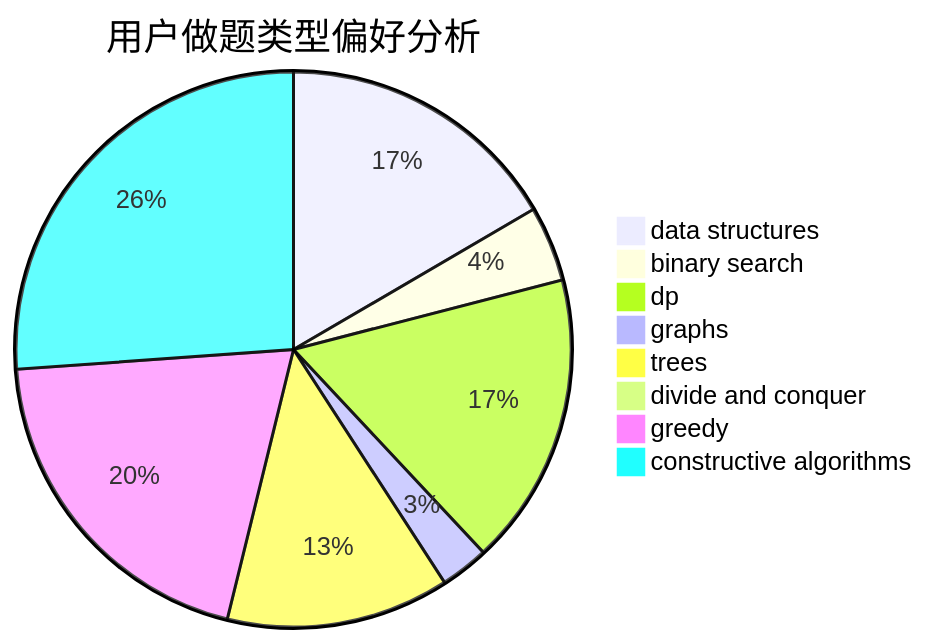
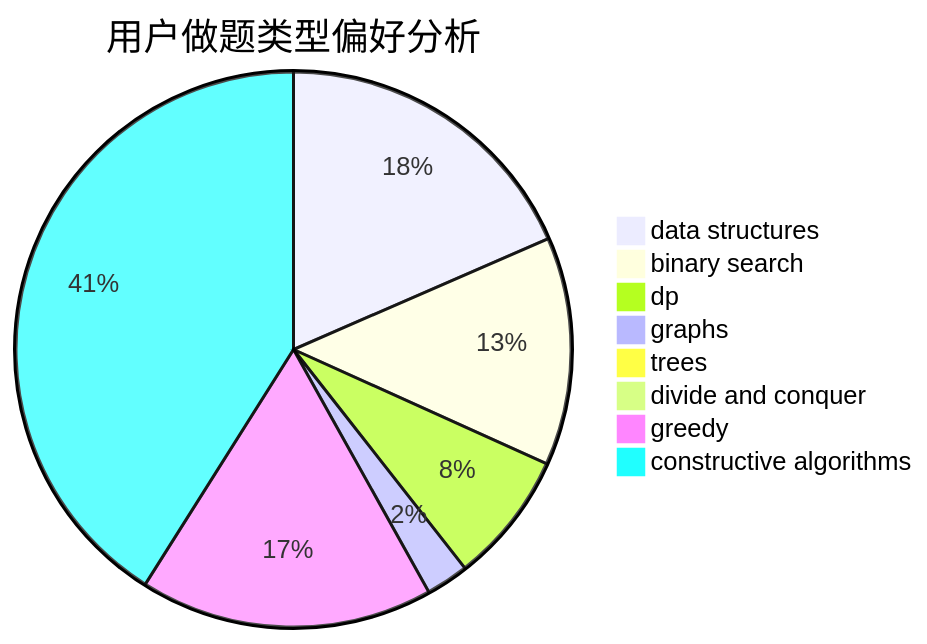
One commit to sherpahu/cfrs.github.io changed the second of 3 diagrams in docs/user/u909.md. Above: the diagram before and after it, drawn with Mermaid. The commit also changed other lines of this file and 2770 other files, not shown here.

````diff
--- a/docs/user/u909.md
+++ b/docs/user/u909.md
@@ -23,11 +23,11 @@
 ```mermaid
 pie title 用户做题类型偏好分析
-    "data structures" :  106
-    "binary search" :  28
-    "dp" :  109
-    "graphs" :  18
-    "trees" :  83
-    "divide and conquer" :  0
-    "greedy" :  128
-    "constructive algorithms" :  167
+    "data structures" :  171
+    "binary search" :  123
+    "dp" :  71
+    "graphs" :  23
+    "trees" :  9
+    "divide and conquer" :  3
+    "greedy" :  158
+    "constructive algorithms" :  380
 ```
````
